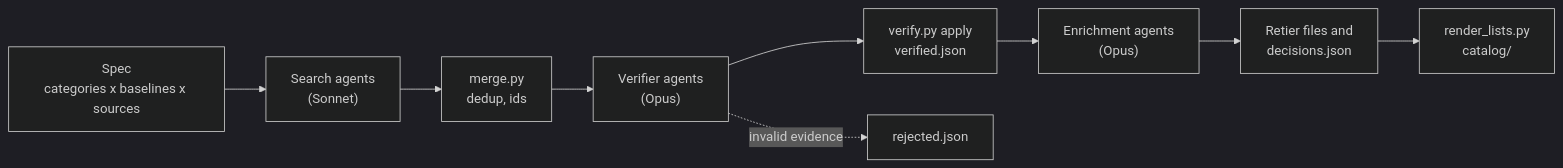
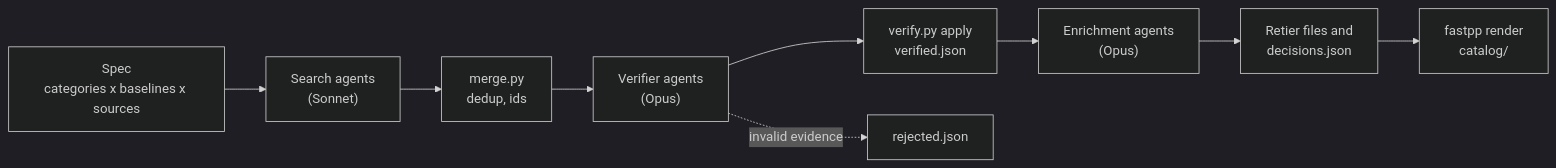
One commit to harrisjib216/fastplusplus changed the diagram in docs/how-it-was-built.md. Above: the diagram before and after it, drawn with Mermaid (dark theme). The commit also changed other lines of this file and 29 other files, not shown here.

````diff
--- a/docs/how-it-was-built.md
+++ b/docs/how-it-was-built.md
@@ -15,11 +15,11 @@
 ```mermaid
 flowchart LR
   P["Spec<br/>categories x baselines x sources"] --> S["Search agents<br/>(Sonnet)"]
   S --> M["merge.py<br/>dedup, ids"]
   M --> V["Verifier agents<br/>(Opus)"]
   V --> A["verify.py apply<br/>verified.json"]
   A --> E["Enrichment agents<br/>(Opus)"]
   E --> R["Retier files and<br/>decisions.json"]
-  R --> C["render_lists.py<br/>catalog/"]
+  R --> C["fastpp render<br/>catalog/"]
   V -. invalid evidence .-> X["rejected.json"]
 ```
````
